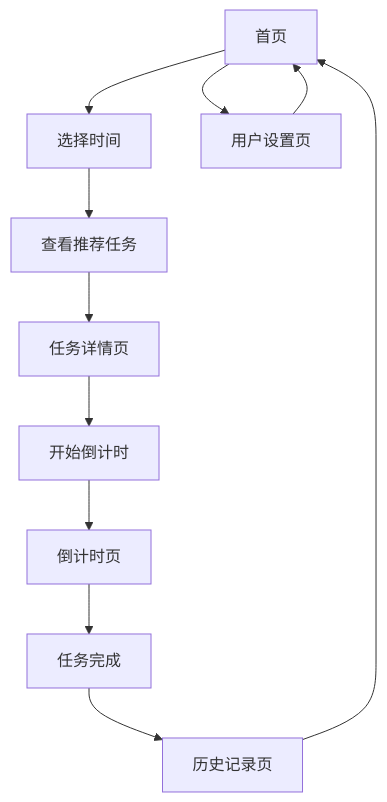
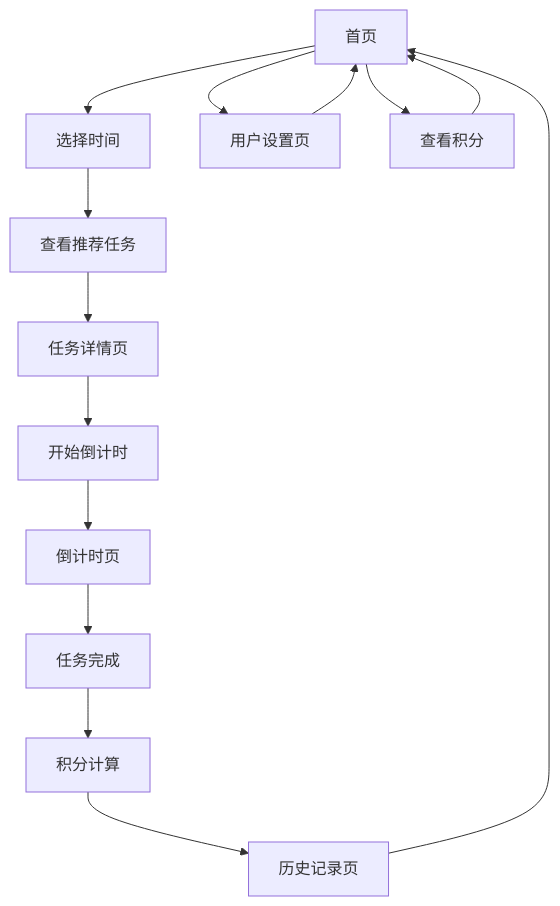
One commit to whb3246/fragmented-time-management changed the diagram in .trae/documents/碎片时间管理器-产品需求文档.md. Above: the diagram before and after it, drawn with Mermaid. The commit also changed other lines of this file and 17 other files, not shown here.

````diff
--- a/.trae/documents/碎片时间管理器-产品需求文档.md
+++ b/.trae/documents/碎片时间管理器-产品需求文档.md
@@ -42,13 +54,16 @@
 ```mermaid
 graph TD
     A[首页] --> B[选择时间]
     B --> C[查看推荐任务]
     C --> D[任务详情页]
     D --> E[开始倒计时]
     E --> F[倒计时页]
     F --> G[任务完成]
-    G --> H[历史记录页]
+    G --> J[积分计算]
+    J --> H[历史记录页]
     A --> I[用户设置页]
     H --> A
     I --> A
+    A --> K[查看积分]
+    K --> A
 ```
````
